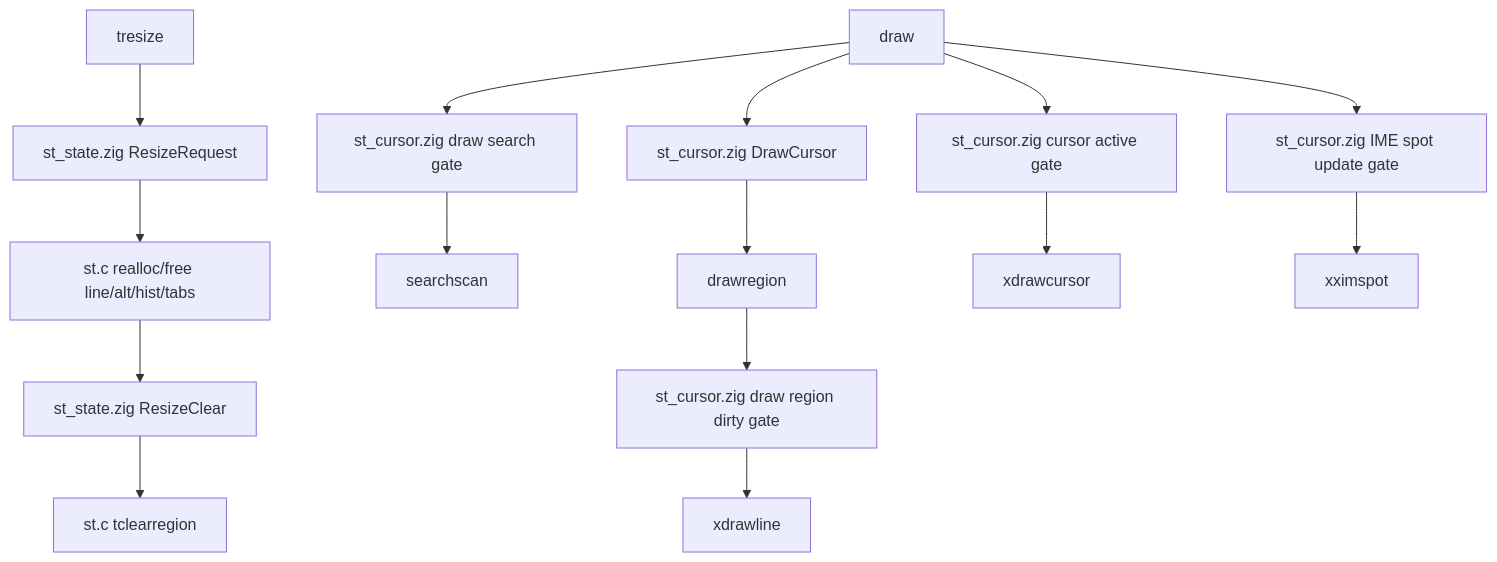
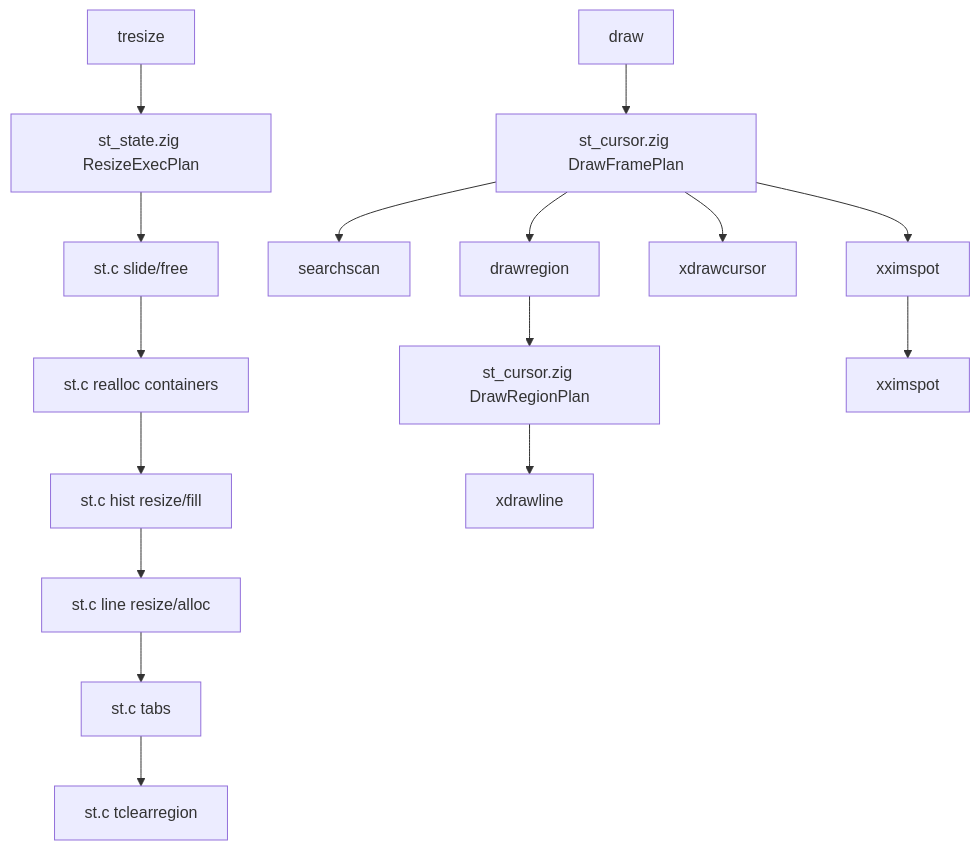
One commit to zdzDesigner/st changed the seventh of 9 diagrams in docs/architecture-flow.md. Above: the diagram before and after it, drawn with Mermaid. The commit also changed other lines of this file and 11 other files, not shown here.

````diff
--- a/docs/architecture-flow.md
+++ b/docs/architecture-flow.md
@@ -171,18 +166,19 @@
 ```mermaid
 flowchart TD
-    Resize[tresize] --> ResizePlan[st_state.zig ResizeRequest]
-    ResizePlan --> CResize[st.c realloc/free line/alt/hist/tabs]
-    CResize --> ClearPlan[st_state.zig ResizeClear]
-    ClearPlan --> CClear[st.c tclearregion]
+    Resize[tresize] --> ResizePlan[st_state.zig ResizeExecPlan]
+    ResizePlan --> SlideFree[st.c slide/free]
+    SlideFree --> Realloc[st.c realloc containers]
+    Realloc --> Hist[st.c hist resize/fill]
+    Hist --> Rows[st.c line resize/alloc]
+    Rows --> Tabs[st.c tabs]
+    Tabs --> Clear[st.c tclearregion]
 
-    Draw[draw] --> SearchScanGate[st_cursor.zig draw search gate]
-    SearchScanGate --> SearchScan[searchscan]
-    Draw --> CursorPlan[st_cursor.zig DrawCursor]
-    CursorPlan --> DrawRegion[drawregion]
-    DrawRegion --> DirtyGate[st_cursor.zig draw region dirty gate]
+    Draw[draw] --> Frame[st_cursor.zig DrawFramePlan]
+    Frame --> SearchScan[searchscan]
+    Frame --> Region[drawregion]
+    Region --> DirtyGate[st_cursor.zig DrawRegionPlan]
     DirtyGate --> XDraw[xdrawline]
-    Draw --> CursorActive[st_cursor.zig cursor active gate]
-    CursorActive --> XCursor[xdrawcursor]
-    Draw --> ImeSpot[st_cursor.zig IME spot update gate]
+    Frame --> XCursor[xdrawcursor]
+    Frame --> ImeSpot[xximspot]
     ImeSpot --> XXim[xximspot]
 ```
````
